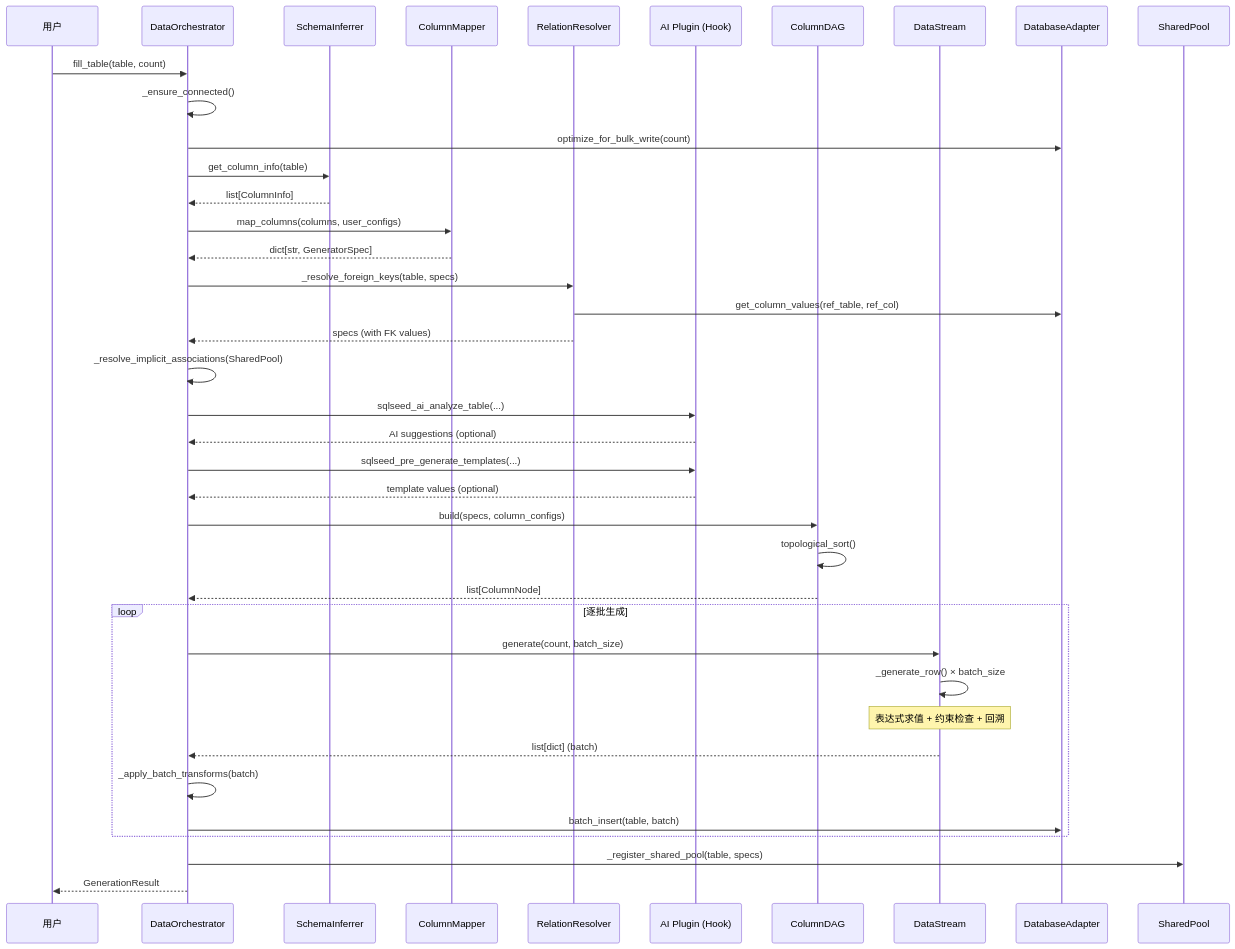
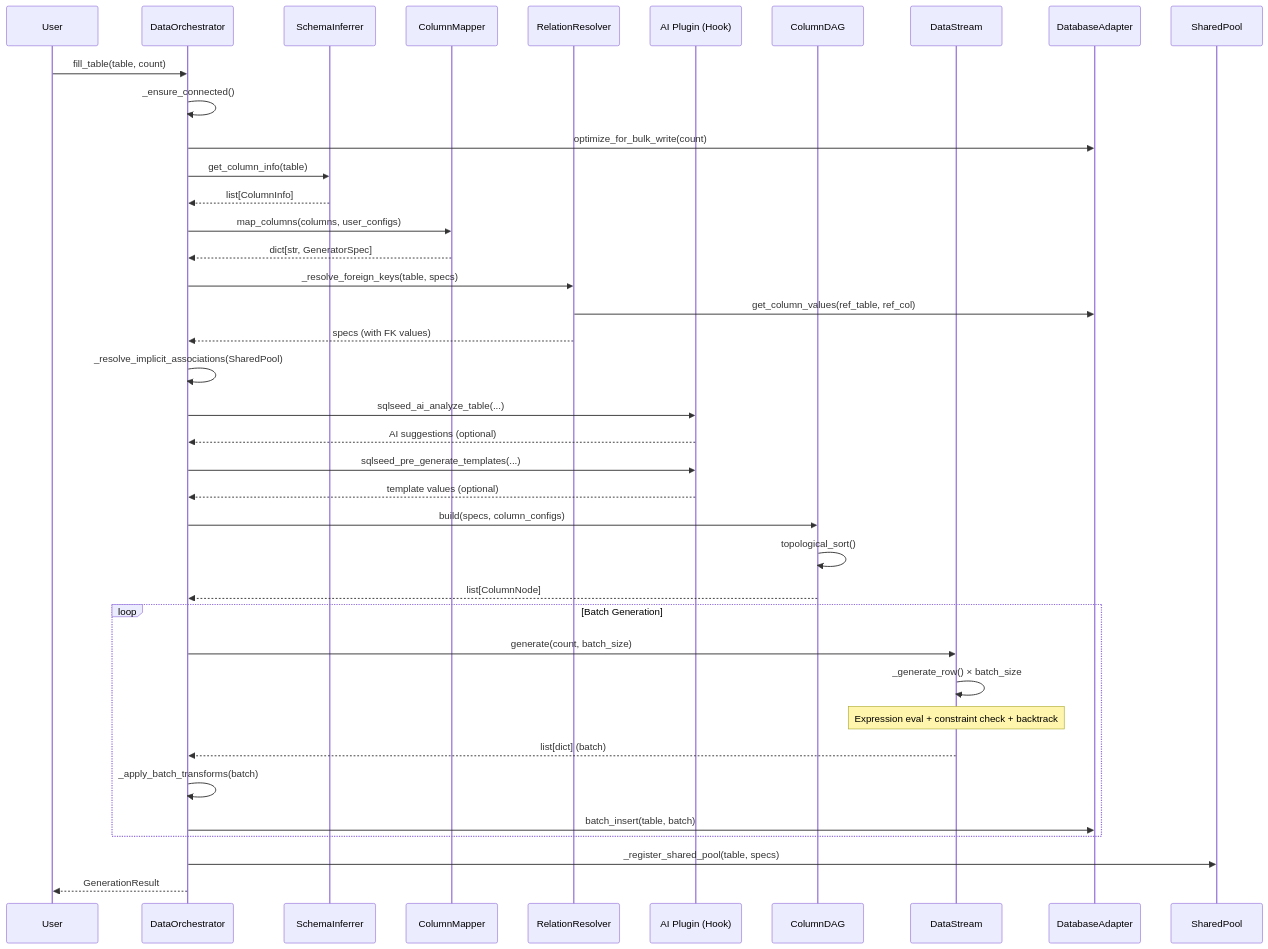
One commit to sunbos/sqlseed changed the second of 10 diagrams in docs/architecture.md. Above: the diagram before and after it, drawn with Mermaid. The commit also changed other lines of this file and 23 other files, not shown here.

````diff
--- a/docs/architecture.md
+++ b/docs/architecture.md
@@ -132,51 +134,51 @@
 ```mermaid
 sequenceDiagram
-    participant U as 用户
+    participant U as User
     participant O as DataOrchestrator
     participant S as SchemaInferrer
     participant M as ColumnMapper
     participant R as RelationResolver
     participant AI as AI Plugin (Hook)
     participant D as ColumnDAG
     participant ST as DataStream
     participant DB as DatabaseAdapter
     participant P as SharedPool
 
     U->>O: fill_table(table, count)
     O->>O: _ensure_connected()
     O->>DB: optimize_for_bulk_write(count)
     O->>S: get_column_info(table)
     S-->>O: list[ColumnInfo]
 
     O->>M: map_columns(columns, user_configs)
     M-->>O: dict[str, GeneratorSpec]
 
     O->>R: _resolve_foreign_keys(table, specs)
     R->>DB: get_column_values(ref_table, ref_col)
     R-->>O: specs (with FK values)
 
     O->>O: _resolve_implicit_associations(SharedPool)
 
     O->>AI: sqlseed_ai_analyze_table(...)
     AI-->>O: AI suggestions (optional)
 
     O->>AI: sqlseed_pre_generate_templates(...)
     AI-->>O: template values (optional)
 
     O->>D: build(specs, column_configs)
     D->>D: topological_sort()
     D-->>O: list[ColumnNode]
 
-    loop 逐批生成
+    loop Batch Generation
         O->>ST: generate(count, batch_size)
         ST->>ST: _generate_row() × batch_size
-        Note over ST: 表达式求值 + 约束检查 + 回溯
+        Note over ST: Expression eval + constraint check + backtrack
         ST-->>O: list[dict] (batch)
 
         O->>O: _apply_batch_transforms(batch)
         O->>DB: batch_insert(table, batch)
     end
 
     O->>P: _register_shared_pool(table, specs)
     O-->>U: GenerationResult
 ```
````
